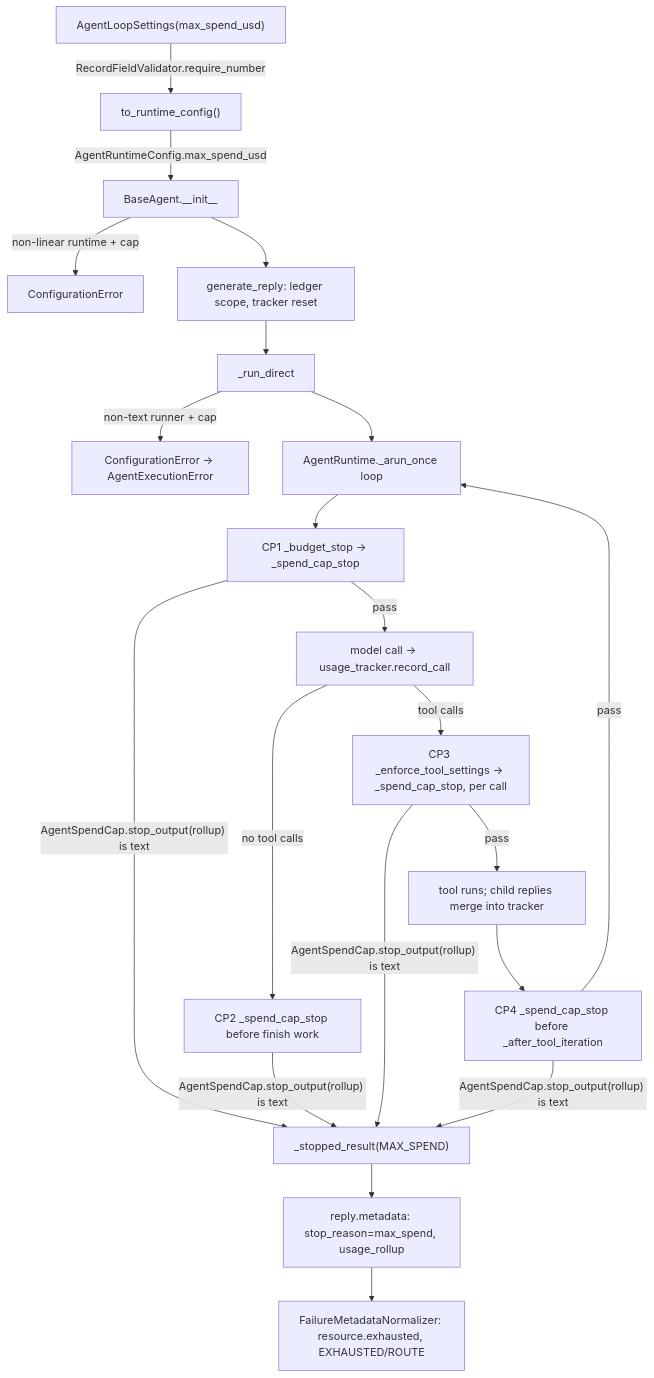
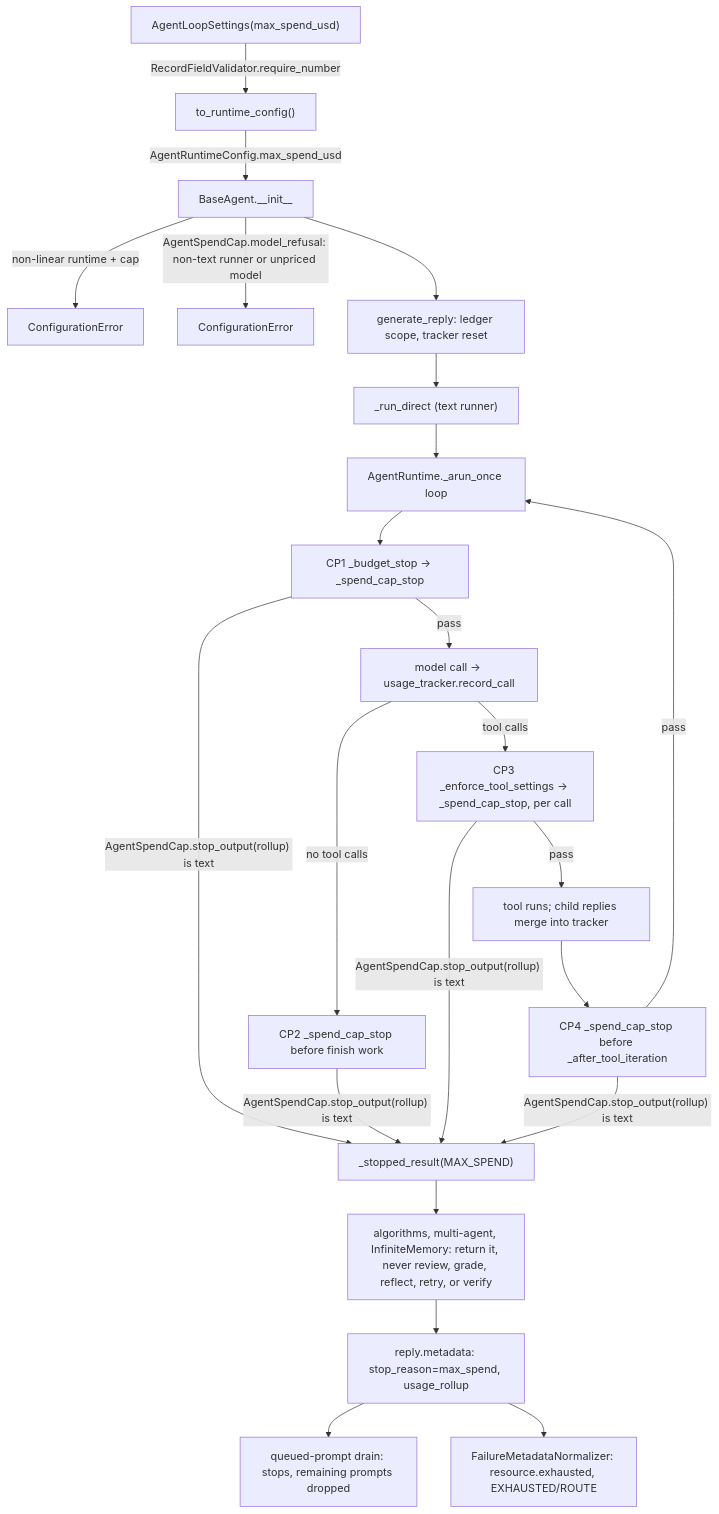
Before and after one commit to cerredz/Vidbyte-SDK: the first of 2 diagrams in docs/spec/loop-spend-cap/spec.md, drawn with Mermaid. The commit also changed other lines of this file, not shown here.

Commit message:
docs(spec): revise loop-spend-cap spec to r2 (review round 1)

````diff
--- a/docs/spec/loop-spend-cap/spec.md
+++ b/docs/spec/loop-spend-cap/spec.md
@@ -104,20 +105,22 @@
 ```mermaid
 flowchart TD
   A["AgentLoopSettings(max_spend_usd)"] -->|RecordFieldValidator.require_number| B["to_runtime_config()"]
   B -->|AgentRuntimeConfig.max_spend_usd| C["BaseAgent.__init__"]
   C -->|non-linear runtime + cap| X1["ConfigurationError"]
+  C -->|"AgentSpendCap.model_refusal: non-text runner or unpriced model"| X2["ConfigurationError"]
   C --> D["generate_reply: ledger scope, tracker reset"]
-  D --> E["_run_direct"]
-  E -->|non-text runner + cap| X2["ConfigurationError → AgentExecutionError"]
+  D --> E["_run_direct (text runner)"]
   E --> F["AgentRuntime._arun_once loop"]
   F --> CP1["CP1 _budget_stop → _spend_cap_stop"]
   CP1 -->|pass| M["model call → usage_tracker.record_call"]
   M -->|no tool calls| CP2["CP2 _spend_cap_stop before finish work"]
   M -->|tool calls| CP3["CP3 _enforce_tool_settings → _spend_cap_stop, per call"]
   CP3 -->|pass| T["tool runs; child replies merge into tracker"]
   T --> CP4["CP4 _spend_cap_stop before _after_tool_iteration"]
   CP4 -->|pass| F
   CP1 & CP2 & CP3 & CP4 -->|"AgentSpendCap.stop_output(rollup) is text"| S["_stopped_result(MAX_SPEND)"]
-  S --> R["reply.metadata: stop_reason=max_spend, usage_rollup"]
+  S --> AL["algorithms, multi-agent, InfiniteMemory: return it, never review, grade, reflect, retry, or verify"]
+  AL --> R["reply.metadata: stop_reason=max_spend, usage_rollup"]
+  R --> Q["queued-prompt drain: stops, remaining prompts dropped"]
   R --> FR["FailureMetadataNormalizer: resource.exhausted, EXHAUSTED/ROUTE"]
 ```
````
